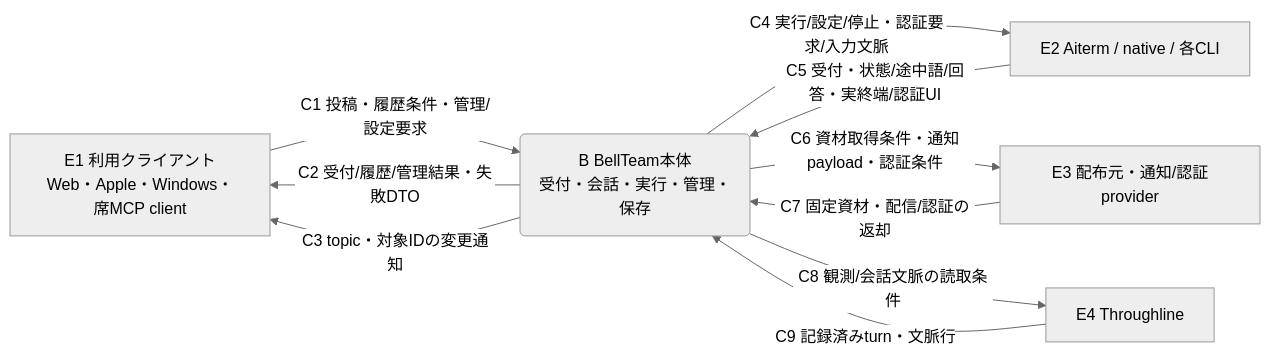
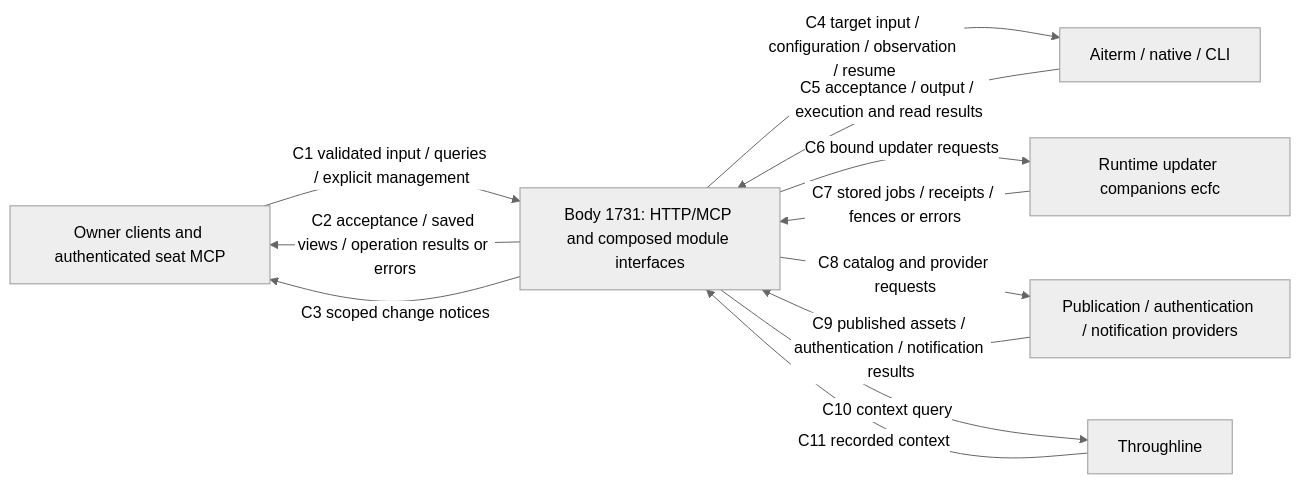
Before and after one commit to kitepon/BellTeam: the first of 3 diagrams in docs/architecture/data-flow.md, drawn with Mermaid (neutral theme). The commit also changed other lines of this file and 2 other files, not shown here.

Commit message:
Reconcile overall data-flow composition with body 1731 contracts

````diff
--- a/docs/architecture/data-flow.md
+++ b/docs/architecture/data-flow.md
@@ -13,17 +17,20 @@
 ```mermaid
 flowchart LR
- E1["E1 利用クライアント<br/>Web・Apple・Windows・席MCP client"]
- B("B BellTeam本体<br/>受付・会話・実行・管理・保存")
- E2["E2 Aiterm / native / 各CLI"]
- E3["E3 配布元・通知/認証provider"]
- E4["E4 Throughline"]
- E1 -->|"C1 投稿・履歴条件・管理/設定要求"| B
- B -->|"C2 受付/履歴/管理結果・失敗DTO"| E1
- B -->|"C3 topic・対象IDの変更通知"| E1
- B -->|"C4 実行/設定/停止・認証要求/入力文脈"| E2
- E2 -->|"C5 受付・状態/途中語/回答・実終端/認証UI"| B
- B -->|"C6 資材取得条件・通知payload・認証条件"| E3
- E3 -->|"C7 固定資材・配信/認証の返却"| B
- B -->|"C8 観測/会話文脈の読取条件"| E4
- E4 -->|"C9 記録済みturn・文脈行"| B
+  E1[Owner clients and authenticated seat MCP]
+  B[Body 1731: HTTP/MCP and composed module interfaces]
+  R[Runtime updater companions ecfc]
+  E2[Aiterm / native / CLI]
+  E3[Publication / authentication / notification providers]
+  E4[Throughline]
+  E1 -->|C1 validated input / queries / explicit management| B
+  B -->|C2 acceptance / saved views / operation results or errors| E1
+  B -->|C3 scoped change notices| E1
+  B -->|C4 target input / configuration / observation / resume| E2
+  E2 -->|C5 acceptance / output / execution and read results| B
+  B -->|C6 bound updater requests| R
+  R -->|C7 stored jobs / receipts / fences or errors| B
+  B -->|C8 catalog and provider requests| E3
+  E3 -->|C9 published assets / authentication / notification results| B
+  B -->|C10 context query| E4
+  E4 -->|C11 recorded context| B
 ```
````
